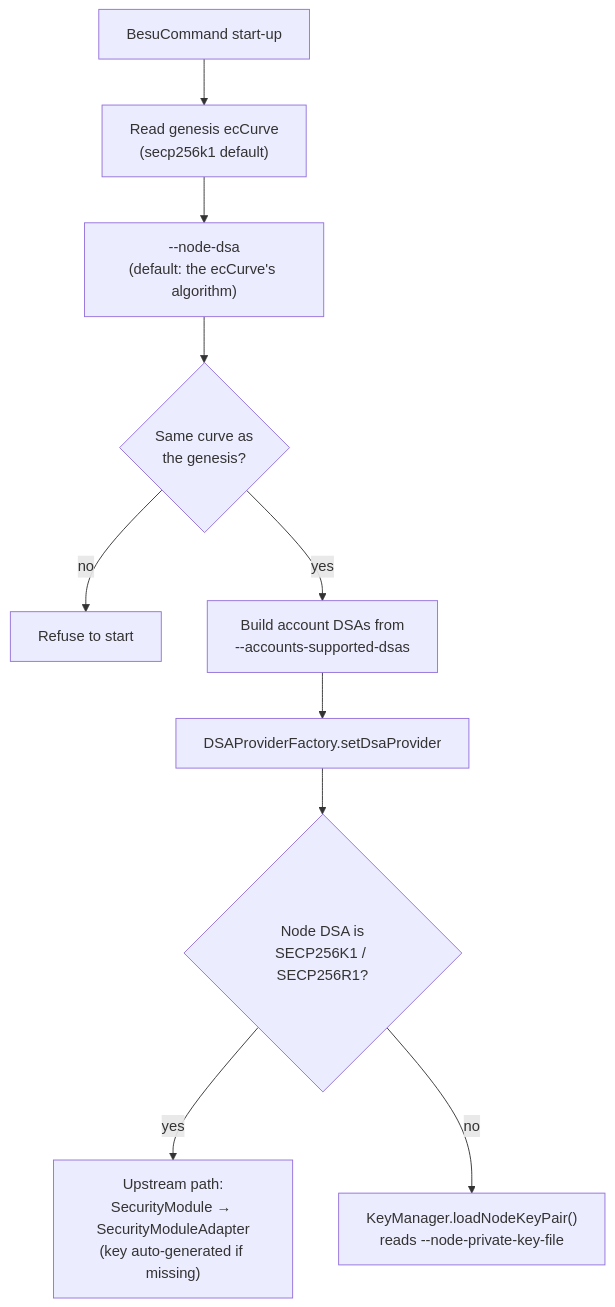
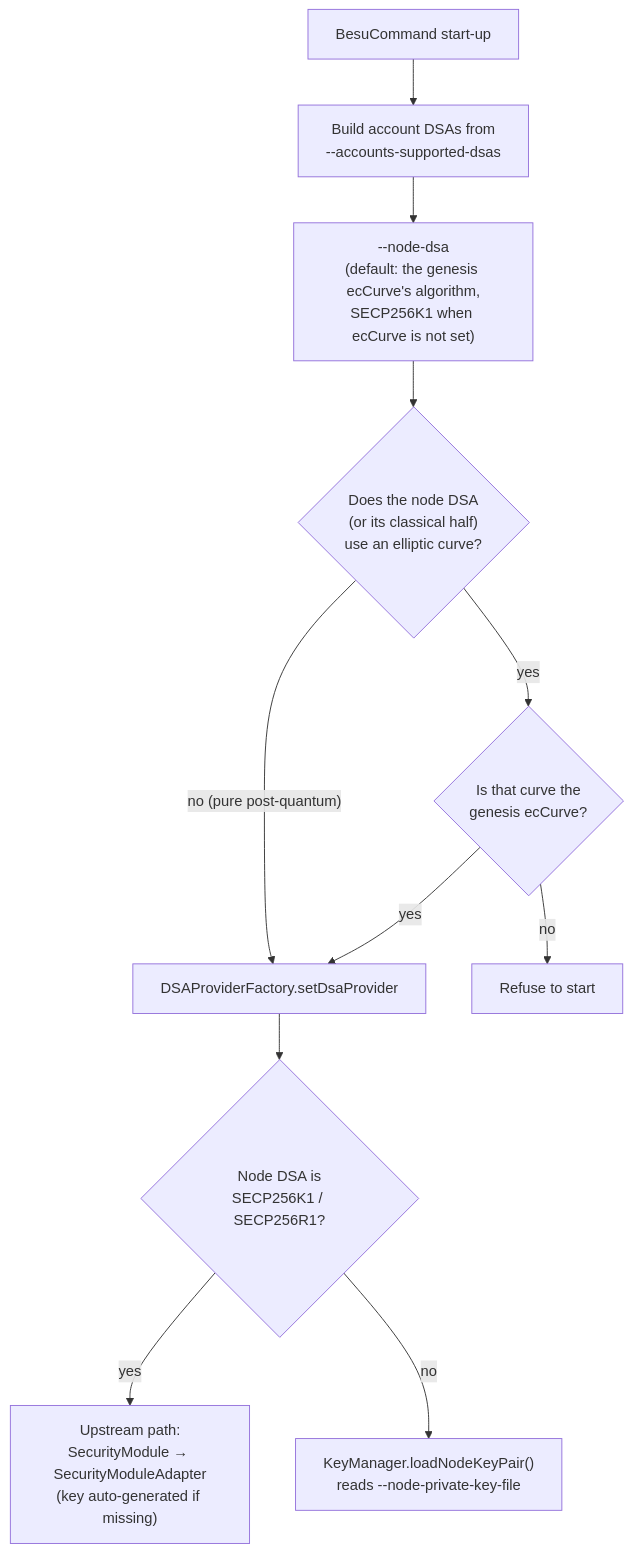
Before and after one commit to venturusbr/besu-pqc-ppi: the diagram in docs/pqc/03-cryptography/key-management.md, drawn with Mermaid. The commit also changed other lines of this file and 11 other files, not shown here.

Commit message:
fix inaccuracies in the post-quantum documentation

````diff
--- a/docs/pqc/03-cryptography/key-management.md
+++ b/docs/pqc/03-cryptography/key-management.md
@@ -19,12 +19,13 @@
 ```mermaid
 flowchart TD
-  S[BesuCommand start-up] --> G["Read genesis ecCurve<br/>(secp256k1 default)"]
-  G --> N["--node-dsa<br/>(default: the ecCurve's algorithm)"]
-  N --> V{"Same curve as<br/>the genesis?"}
+  S[BesuCommand start-up] --> A["Build account DSAs from<br/>--accounts-supported-dsas"]
+  A --> N["--node-dsa<br/>(default: the genesis ecCurve's algorithm,<br/>SECP256K1 when ecCurve is not set)"]
+  N --> C{"Does the node DSA<br/>(or its classical half)<br/>use an elliptic curve?"}
+  C -->|"no (pure post-quantum)"| P[DSAProviderFactory.setDsaProvider]
+  C -->|yes| V{"Is that curve the<br/>genesis ecCurve?"}
   V -->|no| X[Refuse to start]
-  V -->|yes| A["Build account DSAs from<br/>--accounts-supported-dsas"]
-  A --> P[DSAProviderFactory.setDsaProvider]
+  V -->|yes| P
   P --> K{"Node DSA is<br/>SECP256K1 / SECP256R1?"}
   K -->|yes| SM["Upstream path:<br/>SecurityModule → SecurityModuleAdapter<br/>(key auto-generated if missing)"]
   K -->|no| KM["KeyManager.loadNodeKeyPair()<br/>reads --node-private-key-file"]
 ```
````
